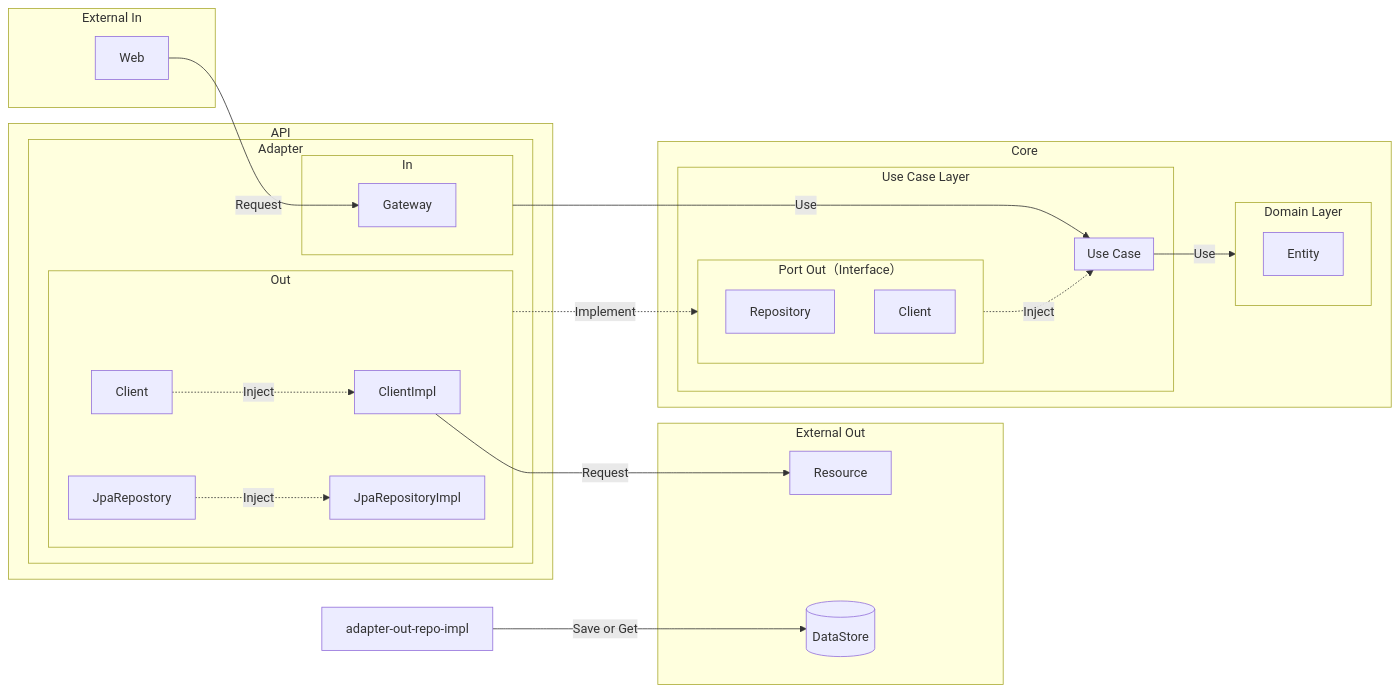
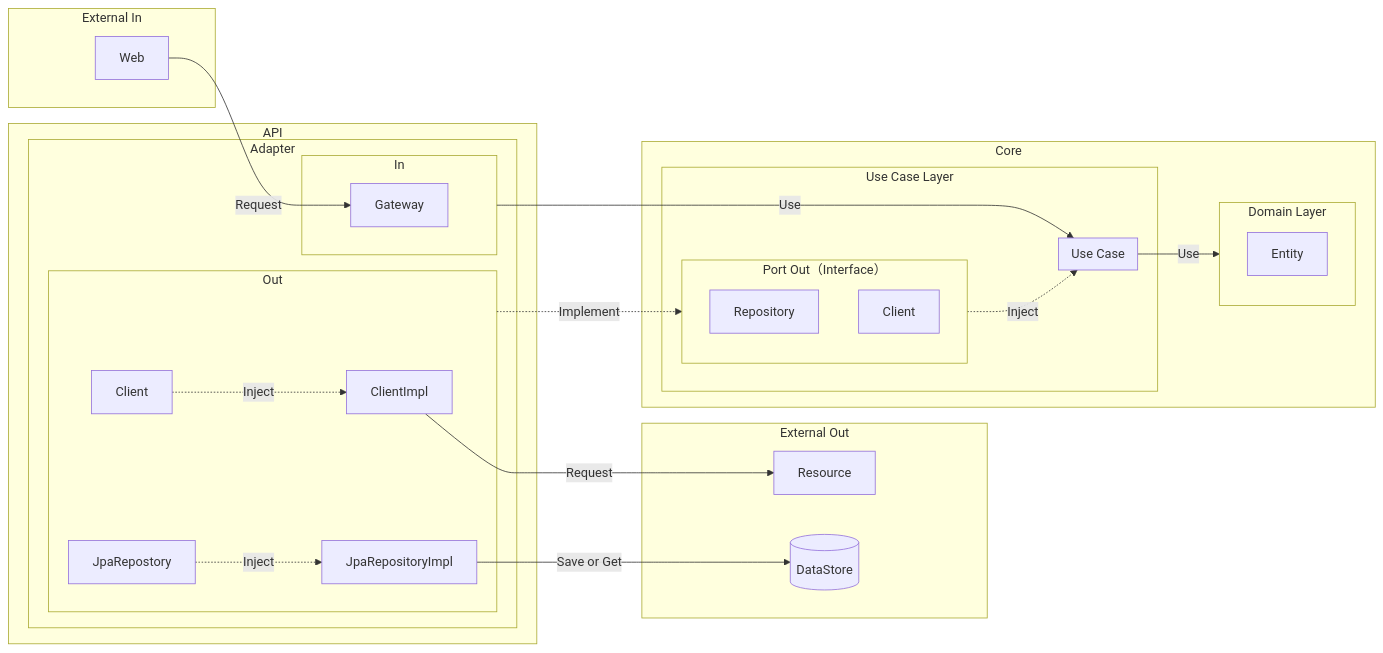
The diagram in README.md (axuanhogan/clean-architecture-implementation), drawn with Mermaid before and after one commit.

````diff
--- a/README.md
+++ b/README.md
@@ -10,52 +10,52 @@
 ```mermaid
 graph LR
 		
 	subgraph External Out
 		resource[Resource]
 		data-store[(DataStore)]
 	end
 		
 	subgraph External In
 		web[Web]
 	end
 	
 	subgraph api[API]
         subgraph adapter[Adapter]
             subgraph adapter-in[In]
                 adapter-in-gateway[Gateway]
             end
             subgraph adapter-out[Out]
                 adapter-out-client-impl[ClientImpl]
                 adapter-out-jpa-repo-impl[JpaRepositoryImpl]
                 adapter-out-client[Client]
-                adapter-out-jpa-repostory[JpaRepostory]
+                adapter-out-jpa-repo[JpaRepostory]
             end
         end
     end
 	
 	subgraph core[Core]
 		subgraph domain-layer[Domain Layer]
 			Entity
 		end
 		subgraph use-case-layer[Use Case Layer]
             subgraph port-out[Port Out（Interface）]
                 port-out-repo[Repository]
                 port-out-client[Client]
             end
             subgraph use-case[Use Case]
             end
 		end
 	end
 	
 	web -- Request --> adapter-in-gateway
 	
 	adapter-in -- Use --> use-case
 	use-case -- Use --> domain-layer
 	adapter-out-client -. Inject .-> adapter-out-client-impl
-	adapter-out-jpa-repostory -. Inject .-> adapter-out-jpa-repo-impl
+	adapter-out-jpa-repo -. Inject .-> adapter-out-jpa-repo-impl
 	adapter-out -. Implement .-> port-out
 	port-out -. Inject .-> use-case
 	
-	adapter-out-repo-impl -- Save or Get --> data-store
+	adapter-out-jpa-repo-impl -- Save or Get --> data-store
 	adapter-out-client-impl -- Request --> resource
 ```
````
